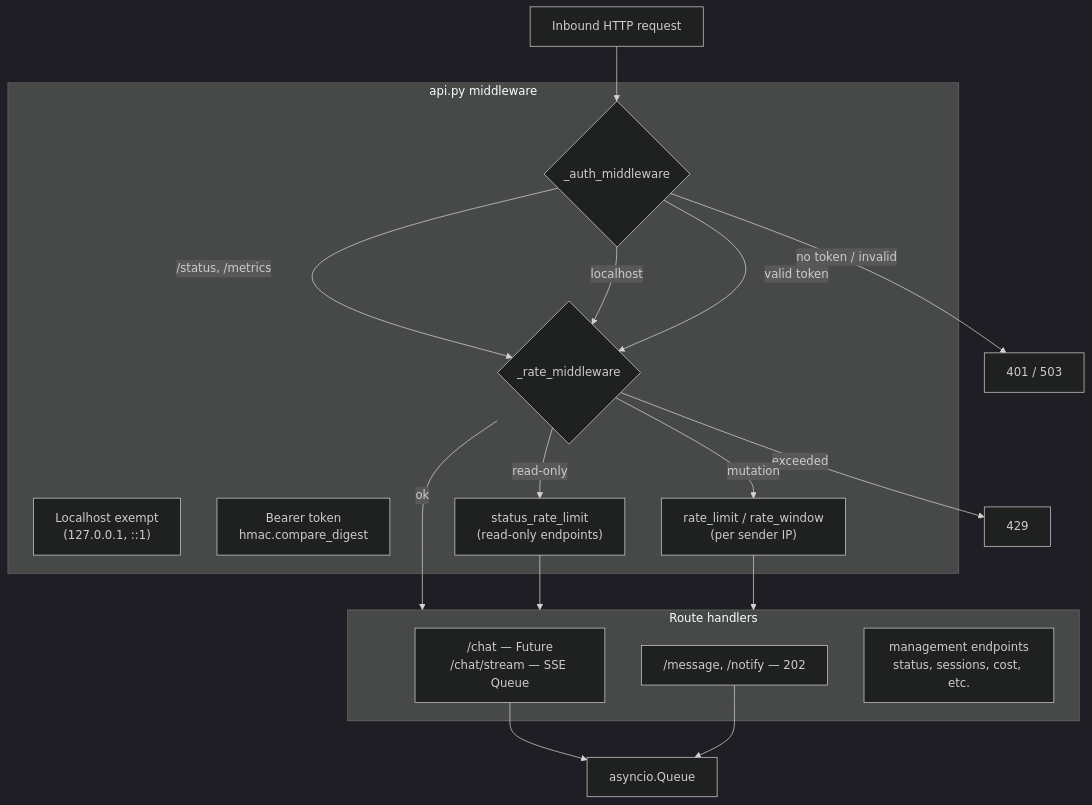
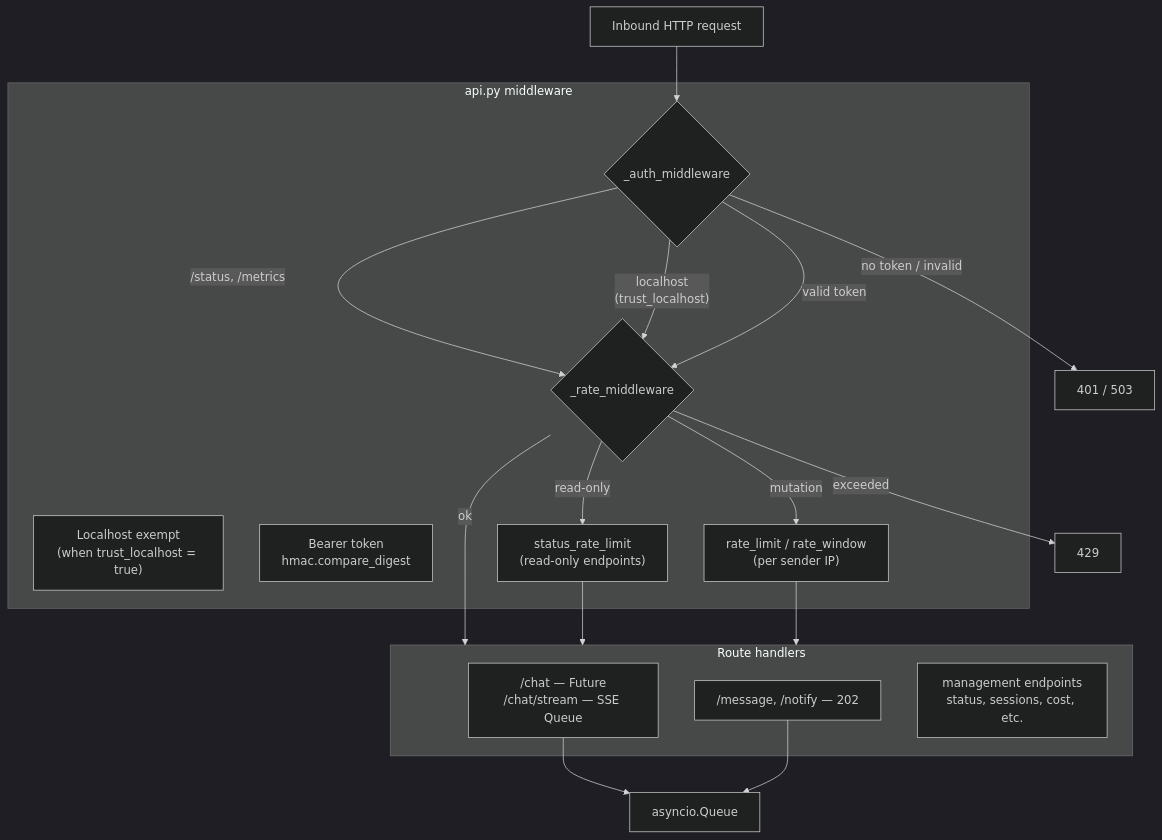
Before and after one commit to nicolasforstinger/lucyd: the eighth of 10 diagrams in docs/diagrams.md, drawn with Mermaid (dark theme). The commit also changed other lines of this file and 4 other files, not shown here.

````diff
--- a/docs/diagrams.md
+++ b/docs/diagrams.md
@@ -586,33 +587,33 @@
 ```mermaid
 flowchart TD
     REQ["Inbound HTTP request"]
 
     subgraph Middleware["api.py middleware"]
         AUTH{"_auth_middleware"}
-        LOCALHOST["Localhost exempt<br/>(127.0.0.1, ::1)"]
+        LOCALHOST["Localhost exempt<br/>(when trust_localhost = true)"]
         TOKEN["Bearer token<br/>hmac.compare_digest"]
         RATE{"_rate_middleware"}
         RATE_RO["status_rate_limit<br/>(read-only endpoints)"]
         RATE_RW["rate_limit / rate_window<br/>(per sender IP)"]
     end
 
     subgraph Handlers["Route handlers"]
         SYNC["/chat — Future<br/>/chat/stream — SSE Queue"]
         ASYNC["/message, /notify — 202"]
         MGMT["management endpoints<br/>status, sessions, cost, etc."]
     end
 
     Q["asyncio.Queue"]
 
     REQ --> AUTH
     AUTH -->|"/status, /metrics"| RATE
-    AUTH -->|localhost| RATE
+    AUTH -->|"localhost<br/>(trust_localhost)"| RATE
     AUTH -->|valid token| RATE
     AUTH -->|"no token / invalid"| REJECT["401 / 503"]
     RATE -->|ok| Handlers
     RATE -->|exceeded| REJECT429["429"]
     RATE -->|read-only| RATE_RO --> Handlers
     RATE -->|mutation| RATE_RW --> Handlers
     SYNC --> Q
     ASYNC --> Q
 ```
````
